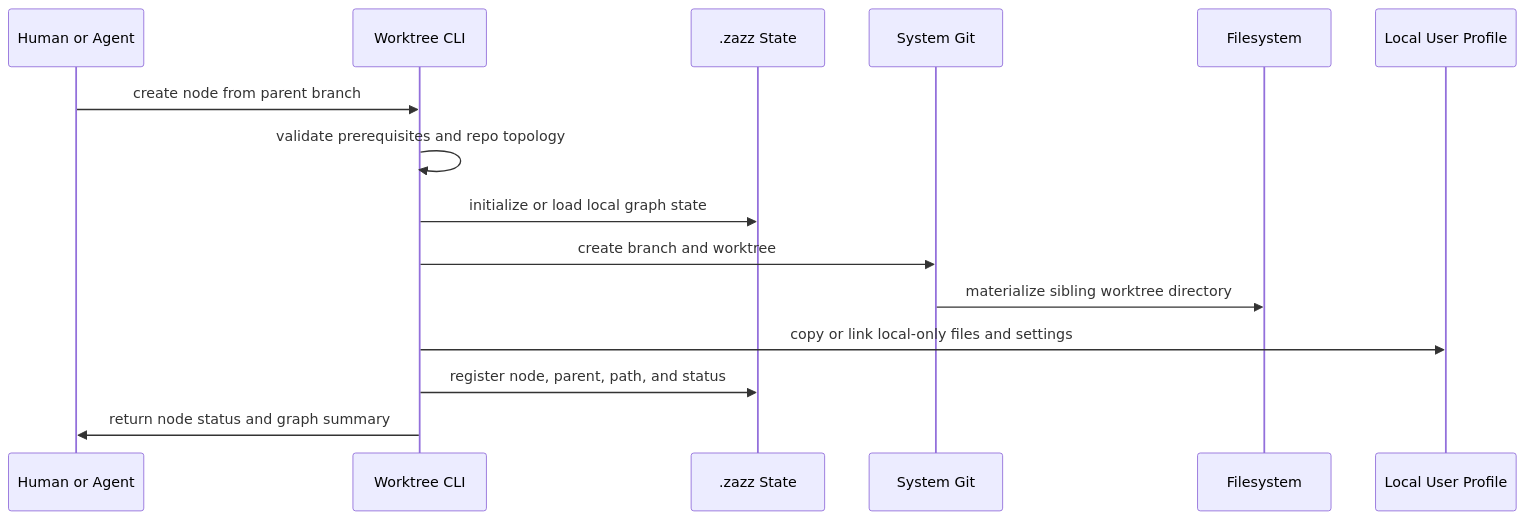
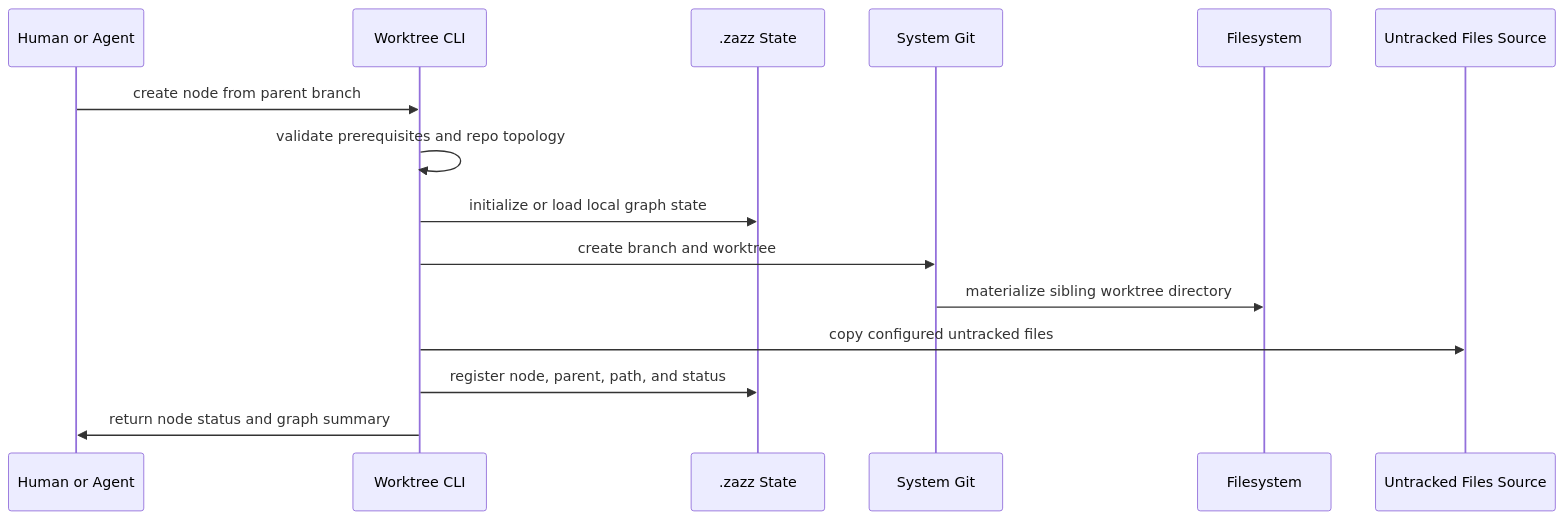
The third of 5 diagrams in docs/features/worktree-orchestration-cli.md (zazzcode/zazz), drawn with Mermaid before and after one commit. The commit also changed other lines of this file and 7 other files, not shown here.

````diff
--- a/docs/features/worktree-orchestration-cli.md
+++ b/docs/features/worktree-orchestration-cli.md
@@ -92,18 +93,18 @@
 ```mermaid
 sequenceDiagram
     participant U as Human or Agent
     participant CLI as Worktree CLI
     participant DAG as .zazz State
     participant GIT as System Git
     participant FS as Filesystem
-    participant LP as Local User Profile
+    participant LP as Untracked Files Source
 
     U->>CLI: create node from parent branch
     CLI->>CLI: validate prerequisites and repo topology
     CLI->>DAG: initialize or load local graph state
     CLI->>GIT: create branch and worktree
     GIT->>FS: materialize sibling worktree directory
-    CLI->>LP: copy or link local-only files and settings
+    CLI->>LP: copy configured untracked files
     CLI->>DAG: register node, parent, path, and status
     CLI->>U: return node status and graph summary
 ```
````
